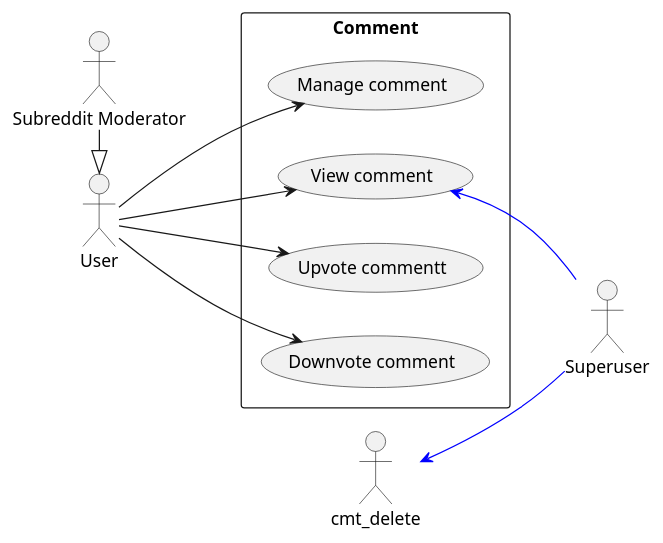
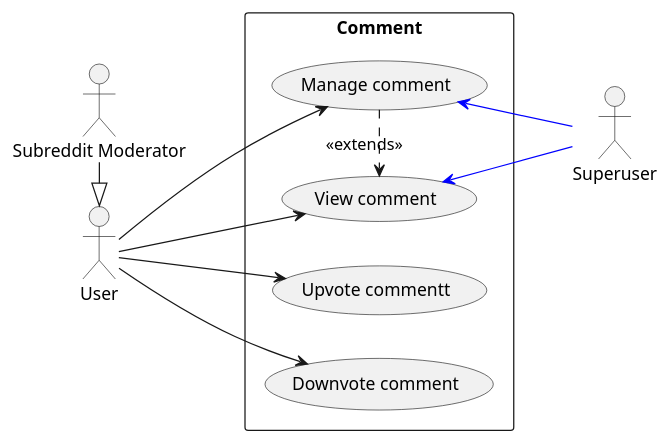
The diagram in use_case_comment.puml (Huy-Ngo/reddit-design), drawn with PlantUML before and after one commit. The commit also changed 3 other files, not shown here.

Commit message:
Forget main diagram

```diff
--- a/use_case_comment.puml
+++ b/use_case_comment.puml
@@ -1,26 +1,28 @@
 @startuml
 skinparam packageStyle rectangle
 left to right direction
 actor "User" as user
 actor "Subreddit Moderator" as mod
 actor "Superuser" as su
 mod -|> user
 
 rectangle Comment as cmt {
   usecase "Manage comment" as cmt_manage
   usecase "View comment" as cmt_read
 
   usecase "Upvote commentt" as cmt_up
   usecase "Downvote comment" as cmt_down
 }
 
 user --> cmt_manage
 user --> cmt_read
 
 user --> cmt_up
 user --> cmt_down
 
 cmt_read    <-[#blue]- su
-cmt_delete  <-[#blue]- su
+cmt_manage  <-[#blue]- su
+
+cmt_manage .> cmt_read : <<extends>>
 
 @enduml
```
